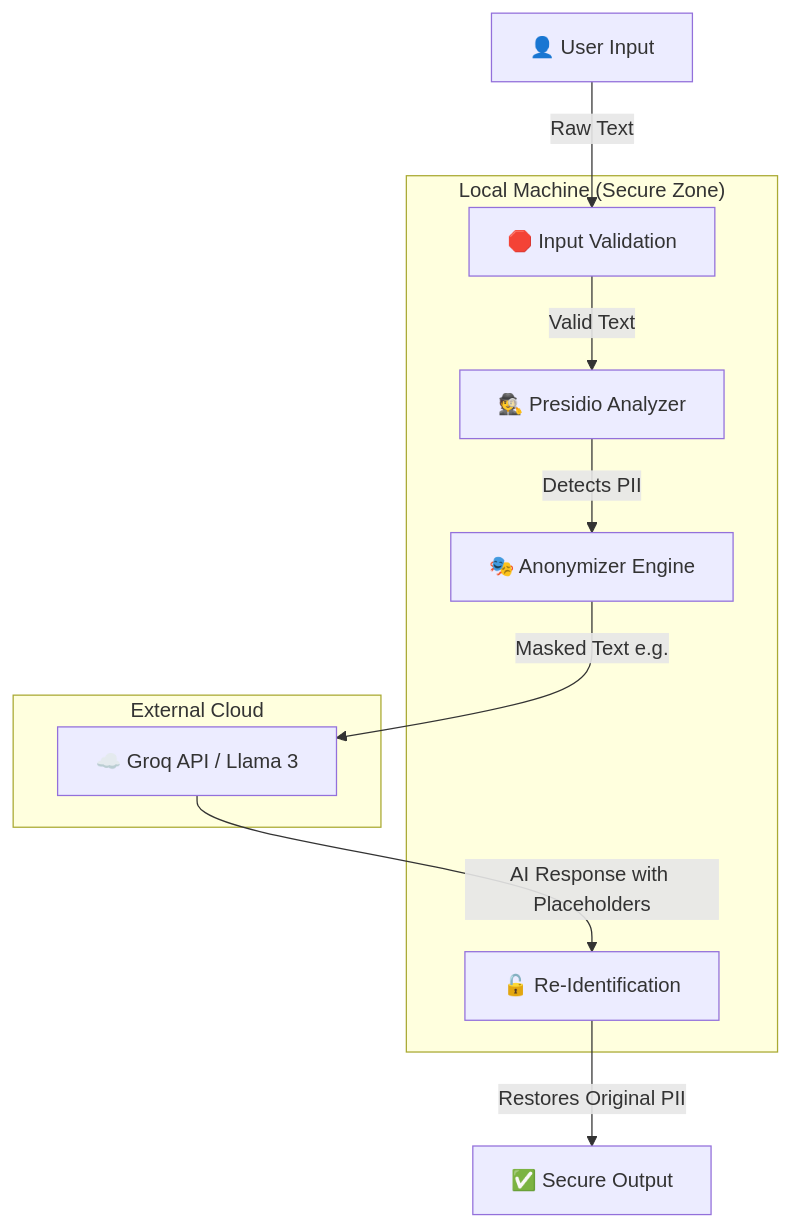
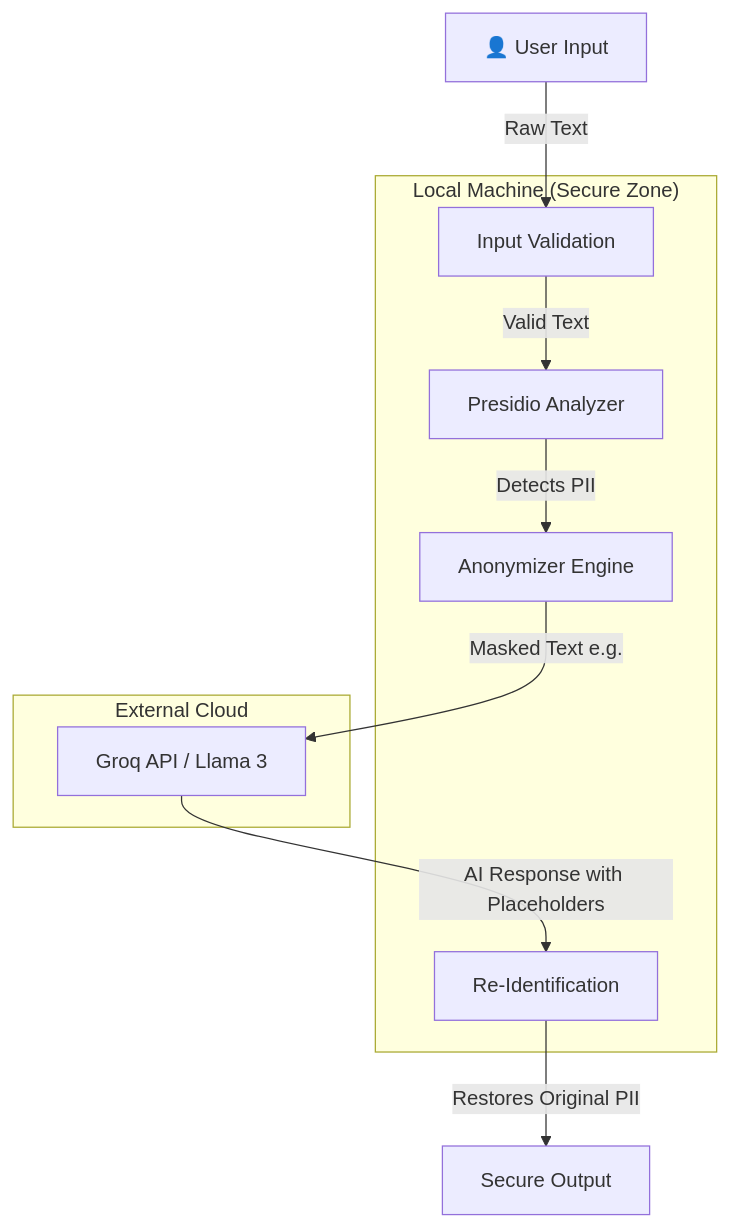
Before and after one commit to seniru-ekanayake/secure-ai-gateway: the first of 2 diagrams in README.md, drawn with Mermaid.

````diff
--- a/README.md
+++ b/README.md
@@ -43,20 +43,20 @@
 ```mermaid
 graph TD
-    User[👤 User Input] -->|Raw Text| Bouncer[🛑 Input Validation]
-    Bouncer -->|Valid Text| Bodyguard[🕵️ Presidio Analyzer]
-    Bodyguard -->|Detects PII| Anonymizer[🎭 Anonymizer Engine]
-    Anonymizer -->|Masked Text e.g. <PERSON>| Cloud[☁️ Groq API / Llama 3]
-    Cloud -->|AI Response with Placeholders| Unmasker[🔓 Re-Identification]
-    Unmasker -->|Restores Original PII| Final[✅ Secure Output]
+    User[👤 User Input] -->|Raw Text| Bouncer[Input Validation]
+    Bouncer -->|Valid Text| Bodyguard[Presidio Analyzer]
+    Bodyguard -->|Detects PII| Anonymizer[Anonymizer Engine]
+    Anonymizer -->|Masked Text e.g. <PERSON>| Cloud[Groq API / Llama 3]
+    Cloud -->|AI Response with Placeholders| Unmasker[Re-Identification]
+    Unmasker -->|Restores Original PII| Final[Secure Output]
     
     subgraph "Local Machine (Secure Zone)"
     Bouncer
     Bodyguard
     Anonymizer
     Unmasker
     end
     
     subgraph "External Cloud"
     Cloud
     end
 ```
````
